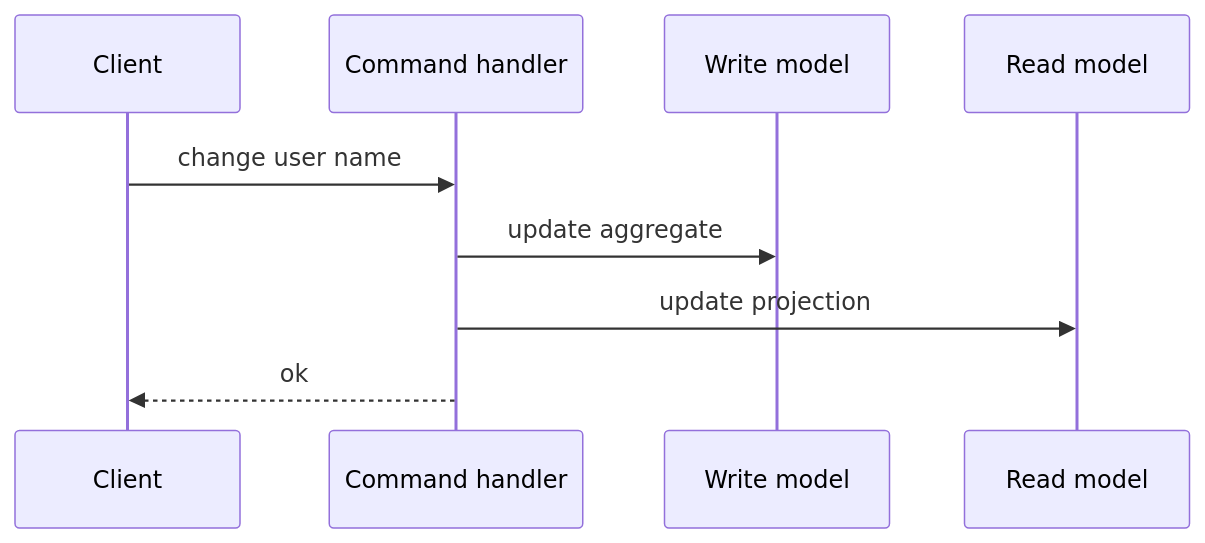
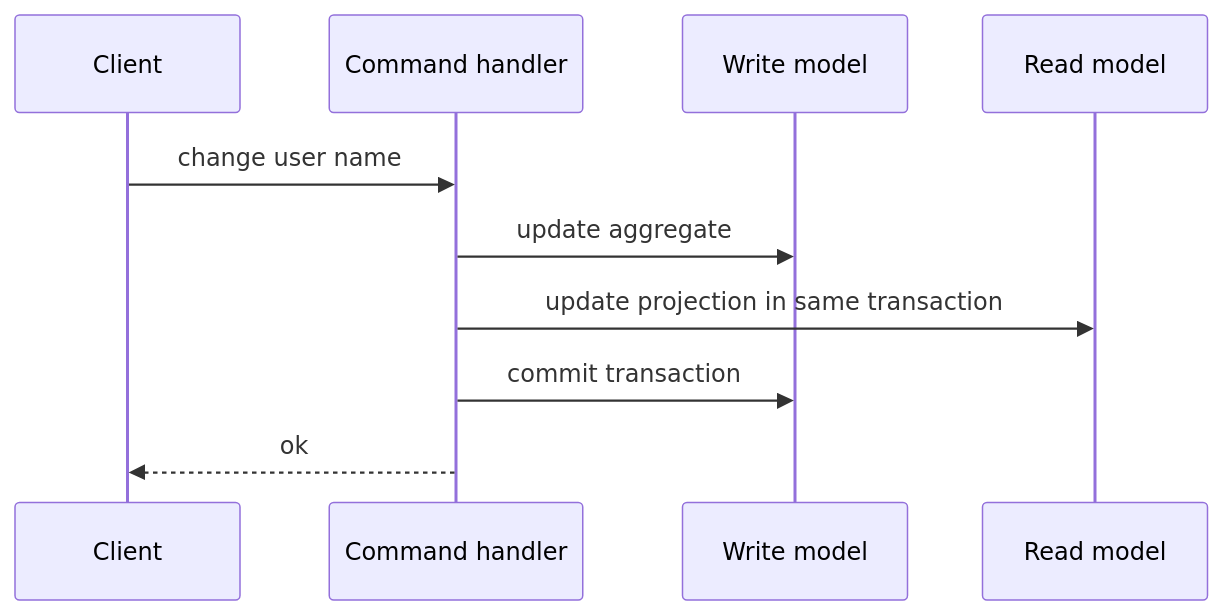
Before and after one commit to Kert0n/KPO: diagram 16 of 19 in content/lectures/Lec13/vitepress.md, drawn with Mermaid. The commit also changed other lines of this file, not shown here.

````diff
--- a/content/lectures/Lec13/vitepress.md
+++ b/content/lectures/Lec13/vitepress.md
@@ -1387,12 +1427,13 @@
 ```mermaid
 sequenceDiagram
     participant Client as Client
     participant Command as Command handler
     participant Write as Write model
     participant Read as Read model
 
     Client->>Command: change user name
     Command->>Write: update aggregate
-    Command->>Read: update projection
+    Command->>Read: update projection in same transaction
+    Command->>Write: commit transaction
     Command-->>Client: ok
 ```
````
